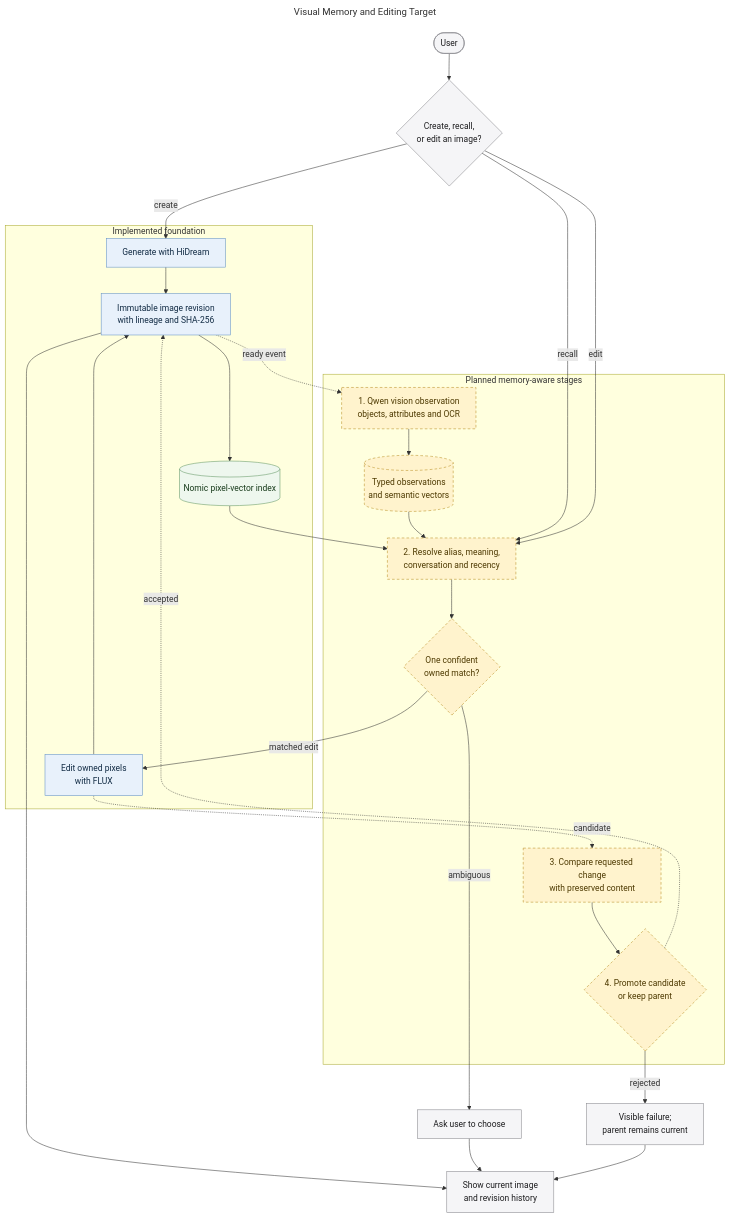
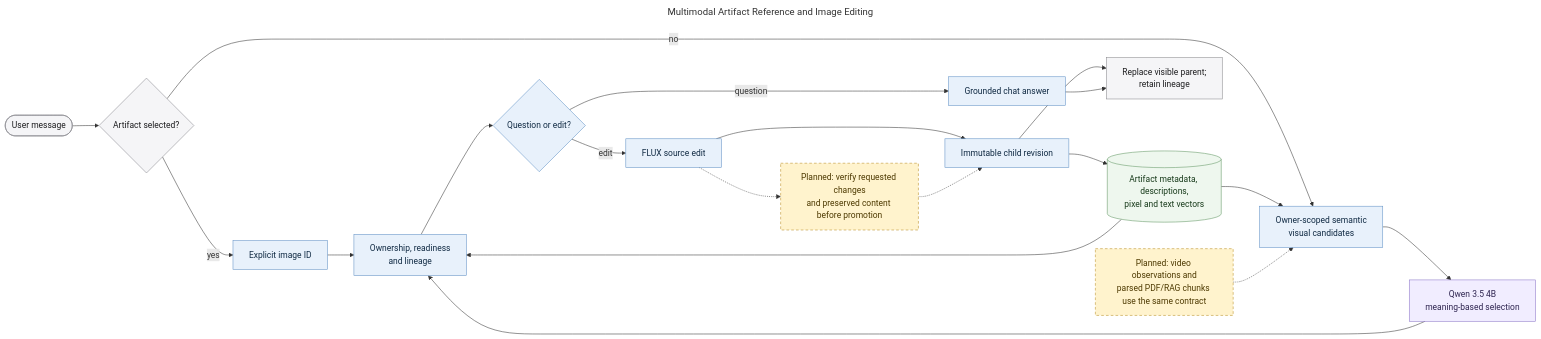
Before and after one commit to MallyaAni/PersonalAssistant: the diagram in docs/diagrams/visual-memory-editing-target.mmd, drawn with Mermaid. The commit also changed 66 other files, not shown here.

Commit message:
feat: make visual artifacts memory aware

```diff
--- a/docs/diagrams/visual-memory-editing-target.mmd
+++ b/docs/diagrams/visual-memory-editing-target.mmd
@@ -1,49 +1,36 @@
 ---
-title: Visual Memory and Editing Target
+title: Multimodal Artifact Reference and Image Editing
 ---
-flowchart TB
-    User([User]) --> Request{Create, recall,<br/>or edit an image?}
+flowchart LR
+    User([User message]) --> Choice{Artifact selected?}
+    Choice -->|yes| Selected[Explicit image ID]
+    Choice -->|no| Candidates[Owner-scoped semantic<br/>visual candidates]
+    Candidates --> Policy[Qwen 3.5 4B<br/>meaning-based selection]
+    Selected --> Guard[Ownership, readiness<br/>and lineage]
+    Policy --> Guard
 
-    subgraph Current[Implemented foundation]
-        Generate[Generate with HiDream]
-        Edit[Edit owned pixels<br/>with FLUX]
-        Artifact[Immutable image revision<br/>with lineage and SHA-256]
-        PixelIndex[(Nomic pixel-vector index)]
-        Generate --> Artifact
-        Edit --> Artifact
-        Artifact --> PixelIndex
-    end
+    Store[(Artifact metadata, descriptions,<br/>pixel and text vectors)] --> Candidates
+    Store --> Guard
+    Guard --> Action{Question or edit?}
+    Action -->|question| Answer[Grounded chat answer]
+    Action -->|edit| Edit[FLUX source edit]
+    Edit --> Revision[Immutable child revision]
+    Revision --> Store
+    Revision --> UI[Replace visible parent;<br/>retain lineage]
+    Answer --> UI
 
-    subgraph Planned[Planned memory-aware stages]
-        Observe[1. Qwen vision observation<br/>objects, attributes and OCR]
-        Semantic[(Typed observations<br/>and semantic vectors)]
-        Resolve[2. Resolve alias, meaning,<br/>conversation and recency]
-        Clarify{One confident<br/>owned match?}
-        Verify[3. Compare requested change<br/>with preserved content]
-        Promote{4. Promote candidate<br/>or keep parent}
-        Observe --> Semantic --> Resolve --> Clarify
-        Verify --> Promote
-    end
-
-    Request -->|create| Generate
-    Request -->|recall| Resolve
-    Request -->|edit| Resolve
-    Artifact -. ready event .-> Observe
-    PixelIndex --> Resolve
-    Clarify -->|ambiguous| Choice[Ask user to choose]
-    Clarify -->|matched edit| Edit
-    Edit -. candidate .-> Verify
-    Promote -. accepted .-> Artifact
-    Promote -->|rejected| Failure[Visible failure;<br/>parent remains current]
-    Artifact --> UI[Show current image<br/>and revision history]
-    Choice --> UI
-    Failure --> UI
+    Future[Planned: video observations and<br/>parsed PDF/RAG chunks use the same contract]
+    Verify[Planned: verify requested changes<br/>and preserved content before promotion]
+    Future -.-> Candidates
+    Edit -.-> Verify -.-> Revision
 
     classDef interface fill:#f5f5f7,stroke:#86868b,color:#1d1d1f;
     classDef implemented fill:#e8f1fb,stroke:#5e8fc4,color:#102a43;
     classDef data fill:#eef7ee,stroke:#5f9562,color:#183b1b;
+    classDef model fill:#f1edff,stroke:#8872c6,color:#2e2450;
     classDef planned fill:#fff3cd,stroke:#b78b20,color:#4d3900,stroke-dasharray:5 4;
-    class User,Request,Choice,Failure,UI interface;
-    class Generate,Edit,Artifact implemented;
-    class PixelIndex data;
-    class Observe,Semantic,Resolve,Clarify,Verify,Promote planned;
+    class User,Choice,UI interface;
+    class Selected,Candidates,Guard,Action,Answer,Edit,Revision implemented;
+    class Store data;
+    class Policy model;
+    class Future,Verify planned;
```
